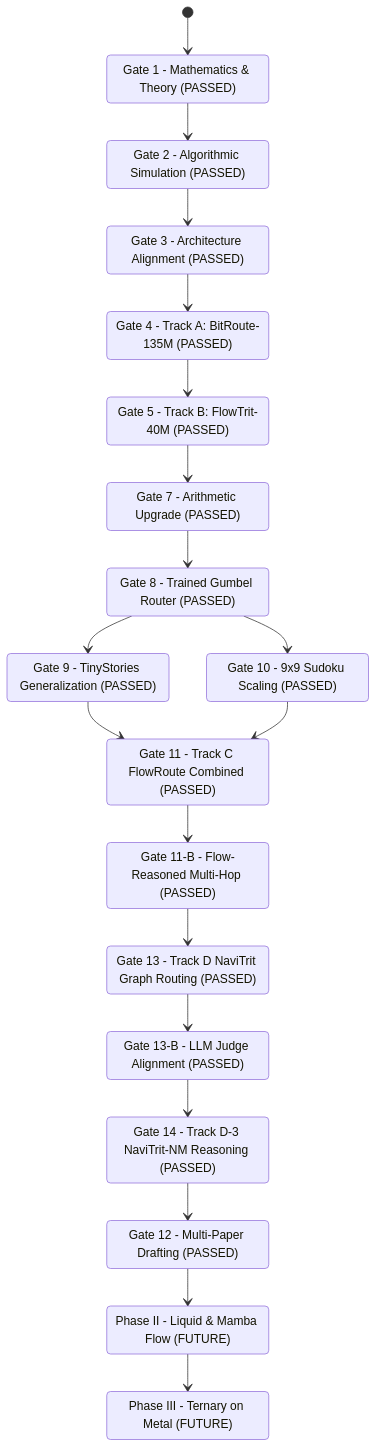
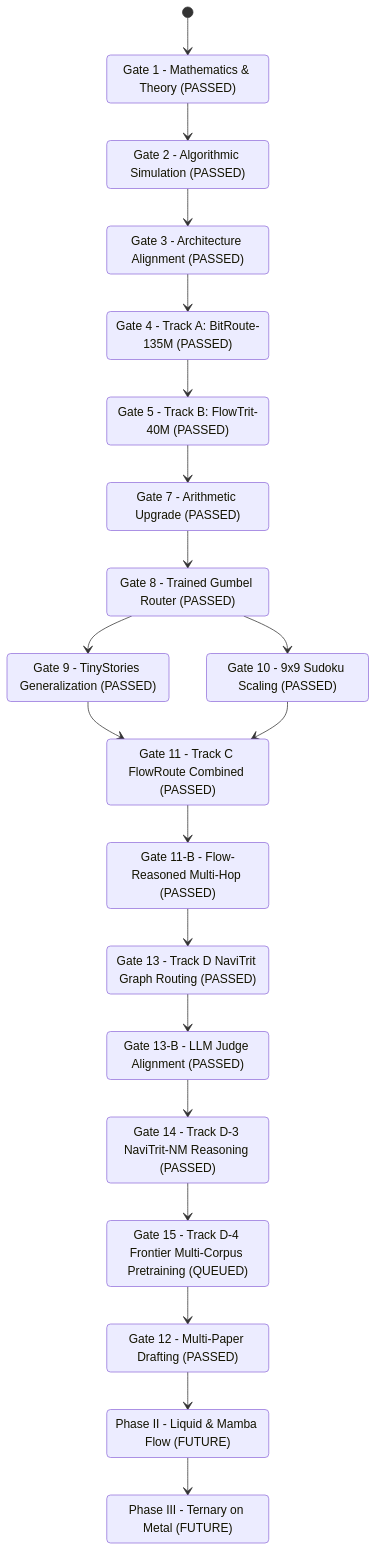
One commit to JadeZaher/ternary-memory-research changed the diagram in research/conductor-track.md. Above: the diagram before and after it, drawn with Mermaid. The commit also changed other lines of this file and 2 other files, not shown here.

Commit message:
feat(gate15): specify Track D-4 frontier scale multi-corpus pretraining track and hardware bounds

````diff
--- a/research/conductor-track.md
+++ b/research/conductor-track.md
@@ -45,39 +45,41 @@
 ```mermaid
 stateDiagram-v2
     Gate1_Math : Gate 1 - Mathematics & Theory (PASSED)
     Gate2_Simulation : Gate 2 - Algorithmic Simulation (PASSED)
     Gate3_Architecture : Gate 3 - Architecture Alignment (PASSED)
     Gate4_ModelA : Gate 4 - Track A: BitRoute-135M (PASSED)
     Gate5_ModelB : Gate 5 - Track B: FlowTrit-40M (PASSED)
     Gate7_Arith  : Gate 7 - Arithmetic Upgrade (PASSED)
     Gate8_Router : Gate 8 - Trained Gumbel Router (PASSED)
     Gate9_Lang   : Gate 9 - TinyStories Generalization (PASSED)
     Gate10_Sud9  : Gate 10 - 9x9 Sudoku Scaling (PASSED)
     Gate11_Route : Gate 11 - Track C FlowRoute Combined (PASSED)
     Gate11B_FlowRoute : Gate 11-B - Flow-Reasoned Multi-Hop (PASSED)
     Gate12_Papers: Gate 12 - Multi-Paper Drafting (PASSED)
     Gate13_NaviTrit: Gate 13 - Track D NaviTrit Graph Routing (PASSED)
     Gate13B_Judge: Gate 13-B - LLM Judge Alignment (PASSED)
     Gate14_NaviTritNM: Gate 14 - Track D-3 NaviTrit-NM Reasoning (PASSED)
+    Gate15_Frontier: Gate 15 - Track D-4 Frontier Multi-Corpus Pretraining (QUEUED)
     PhaseII_TrackE : Phase II - Liquid & Mamba Flow (FUTURE)
     PhaseIII_TrackF : Phase III - Ternary on Metal (FUTURE)
 
     [*] --> Gate1_Math
     Gate1_Math --> Gate2_Simulation
     Gate2_Simulation --> Gate3_Architecture
     Gate3_Architecture --> Gate4_ModelA
     Gate4_ModelA --> Gate5_ModelB
     Gate5_ModelB --> Gate7_Arith
     Gate7_Arith --> Gate8_Router
     Gate8_Router --> Gate9_Lang
     Gate8_Router --> Gate10_Sud9
     Gate9_Lang --> Gate11_Route
     Gate10_Sud9 --> Gate11_Route
     Gate11_Route --> Gate11B_FlowRoute
     Gate11B_FlowRoute --> Gate13_NaviTrit
     Gate13_NaviTrit --> Gate13B_Judge
     Gate13B_Judge --> Gate14_NaviTritNM
-    Gate14_NaviTritNM --> Gate12_Papers
+    Gate14_NaviTritNM --> Gate15_Frontier
+    Gate15_Frontier --> Gate12_Papers
     Gate12_Papers --> PhaseII_TrackE
     PhaseII_TrackE --> PhaseIII_TrackF
 ```
````
